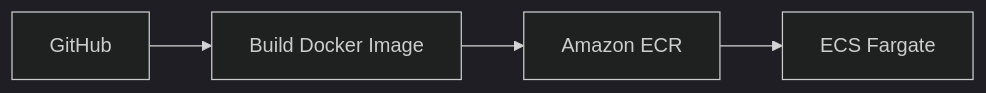
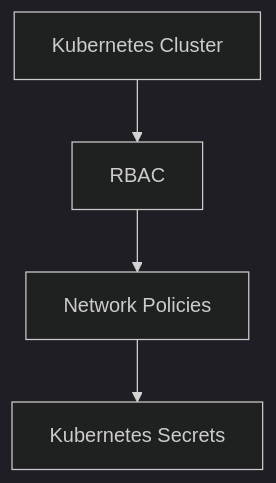
One commit to wandytorres/aws-cloud-journey changed the third of 3 diagrams in README.md. Above: the diagram before and after it, drawn with Mermaid (dark theme). The commit also changed other lines of this file, not shown here.

````diff
--- a/README.md
+++ b/README.md
@@ -145,6 +58,10 @@
 ```mermaid
-flowchart LR
-    A[GitHub] --> B[Build Docker Image]
-    B --> C[Amazon ECR]
-    C --> D[ECS Fargate]
+flowchart TD
+    A[Kubernetes Cluster]
+
+    --> B[RBAC]
+
+    --> C[Network Policies]
+
+    --> D[Kubernetes Secrets]
 ```
````
